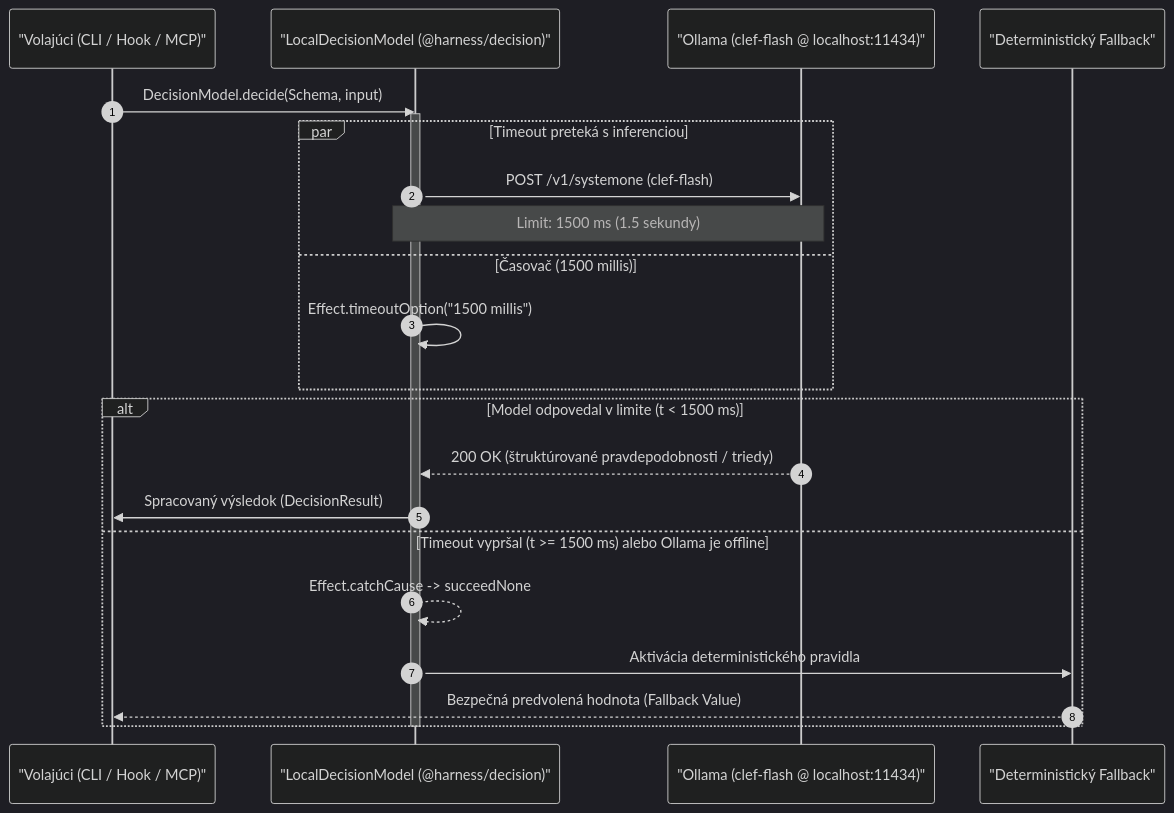
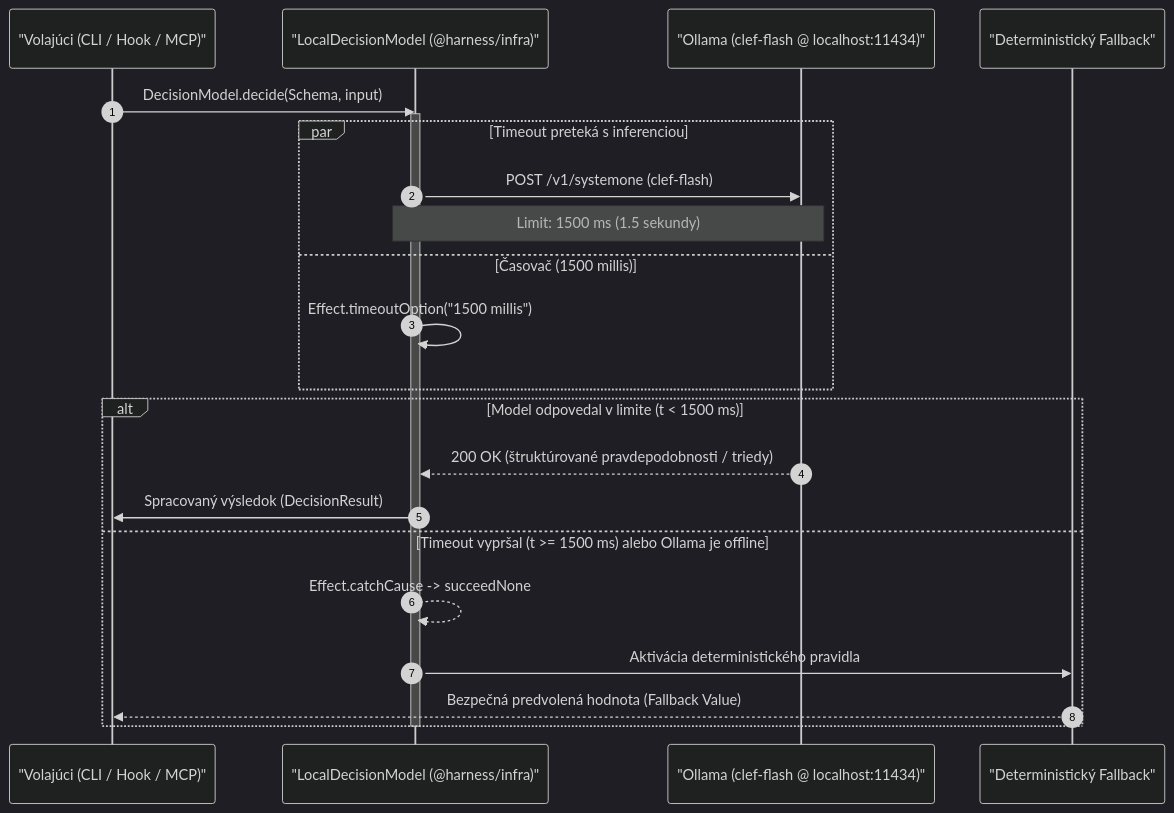
The third of 5 diagrams in docs/architecture-and-workflow.md (selmeci/effect-ts-harness), drawn with Mermaid (dark theme) before and after one commit. The commit also changed other lines of this file and 110 other files, not shown here.

````diff
--- a/docs/architecture-and-workflow.md
+++ b/docs/architecture-and-workflow.md
@@ -348,28 +350,28 @@
 ```mermaid
 sequenceDiagram
     autonumber
     participant Caller as "Volajúci (CLI / Hook / MCP)"
-    participant Layer as "LocalDecisionModel (@harness/decision)"
+    participant Layer as "LocalDecisionModel (@harness/infra)"
     participant Ollama as "Ollama (clef-flash @ localhost:11434)"
     participant Fallback as "Deterministický Fallback"
 
     Caller->>Layer: DecisionModel.decide(Schema, input)
     activate Layer
 
     par Timeout preteká s inferenciou
         Layer->>Ollama: POST /v1/systemone (clef-flash)
         Note over Layer,Ollama: Limit: 1500 ms (1.5 sekundy)
     and Časovač (1500 millis)
         Layer->>Layer: Effect.timeoutOption("1500 millis")
     end
 
     alt Model odpovedal v limite (t < 1500 ms)
         Ollama-->>Layer: 200 OK (štruktúrované pravdepodobnosti / triedy)
         Layer->>Caller: Spracovaný výsledok (DecisionResult)
     else Timeout vypršal (t >= 1500 ms) alebo Ollama je offline
         Layer-->>Layer: Effect.catchCause -> succeedNone
         Layer->>Fallback: Aktivácia deterministického pravidla
         Fallback-->>Caller: Bezpečná predvolená hodnota (Fallback Value)
     end
     deactivate Layer
 ```
````
